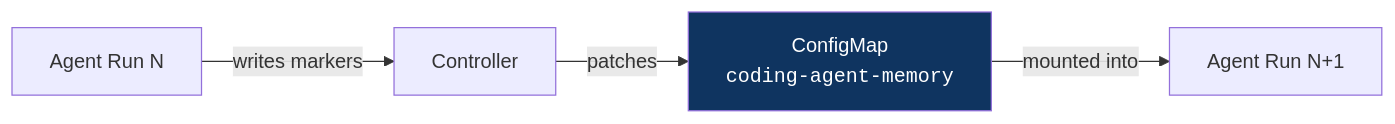
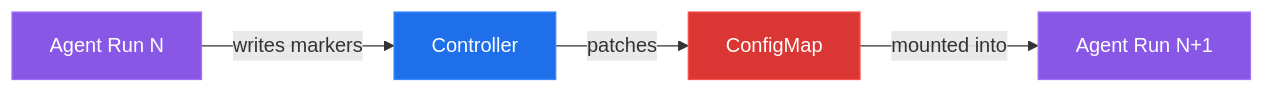
One commit to artdroz/deep-agents-demo changed the fourth of 6 diagrams in ARCHITECTURE.md. Above: the diagram before and after it, drawn with Mermaid. The commit also changed other lines of this file, not shown here.

First line of the commit message:
docs: fix diagram contrast and state diagram parse error

````diff
--- a/ARCHITECTURE.md
+++ b/ARCHITECTURE.md
@@ -125,8 +134,11 @@
 ```mermaid
 graph LR
     A["Agent Run N"] -->|writes markers| B["Controller"]
-    B -->|patches| C["ConfigMap<br/><code>coding-agent-memory</code>"]
+    B -->|patches| C["ConfigMap"]
     C -->|mounted into| D["Agent Run N+1"]
 
-    style C fill:#0f3460,color:#fff
+    style A fill:#8957e5,stroke:#a371f7,color:#fff
+    style B fill:#1f6feb,stroke:#388bfd,color:#fff
+    style C fill:#da3633,stroke:#f85149,color:#fff
+    style D fill:#8957e5,stroke:#a371f7,color:#fff
 ```
````
